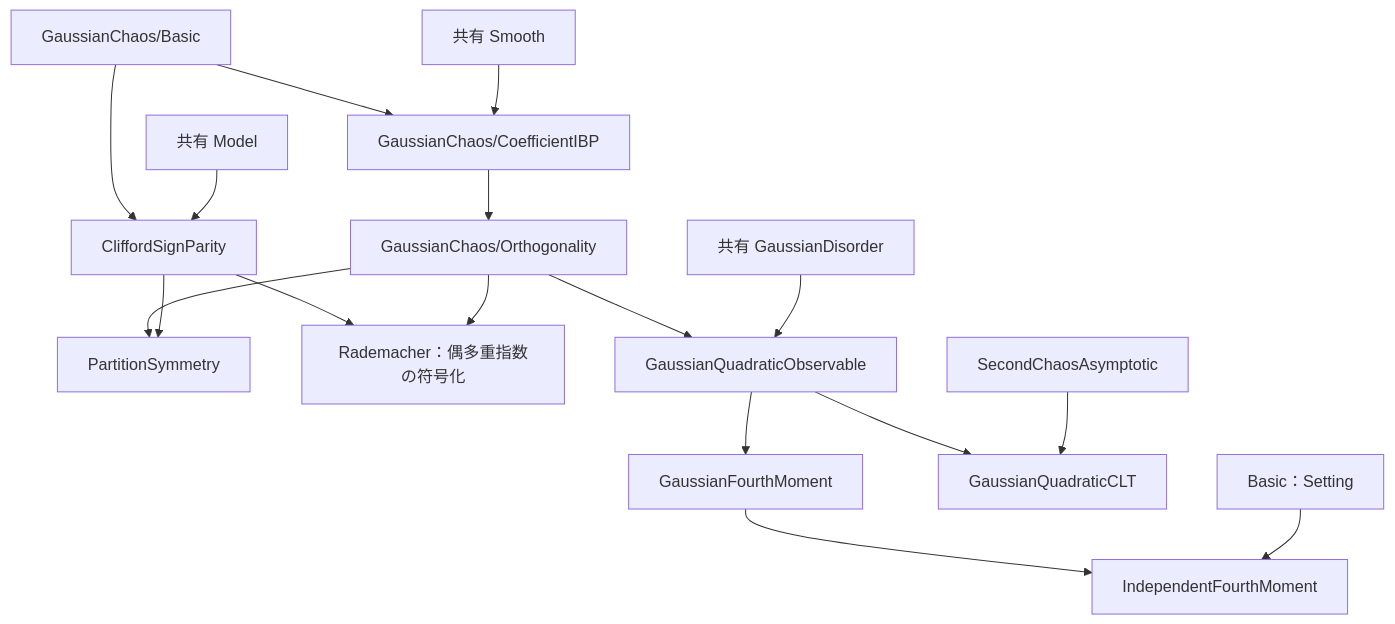
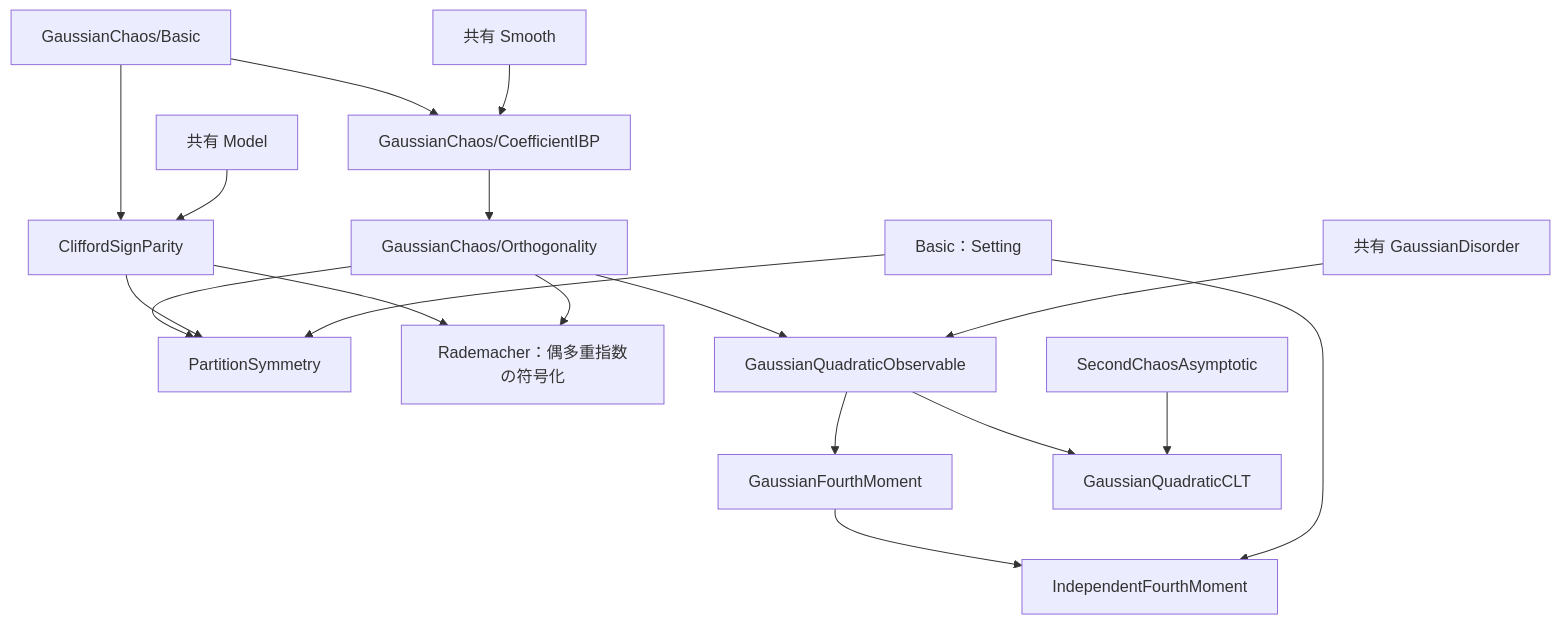
The first of 3 diagrams in SYK/CLT/ARCHITECTURE.md (TokyoProbabilityGroup/SYK_CLT), drawn with Mermaid before and after one commit. The commit also changed other lines of this file and 14 other files, not shown here.

````diff
--- a/SYK/CLT/ARCHITECTURE.md
+++ b/SYK/CLT/ARCHITECTURE.md
@@ -91,19 +80,20 @@
 ```mermaid
 flowchart TD
     basic["GaussianChaos/Basic"] --> chaos["GaussianChaos/CoefficientIBP"]
     basic --> parity["CliffordSignParity"]
     smooth["共有 Smooth"] --> chaos
     model["共有 Model"] --> parity
     chaos --> orth["GaussianChaos/Orthogonality"]
     orth --> prelim["PartitionSymmetry"]
     parity --> prelim
     parity --> rademacher["Rademacher：偶多重指数の符号化"]
     orth --> rademacher
     orth --> observable["GaussianQuadraticObservable"]
     disorder["共有 GaussianDisorder"] --> observable
     observable --> fourth["GaussianFourthMoment"]
     observable --> quadratic["GaussianQuadraticCLT"]
     asymptotic["SecondChaosAsymptotic"] --> quadratic
     fourth --> independent["IndependentFourthMoment"]
-    setting["Basic：Setting"] --> independent
+    setting["Basic：Setting"] --> prelim
+    setting --> independent
 ```
````
